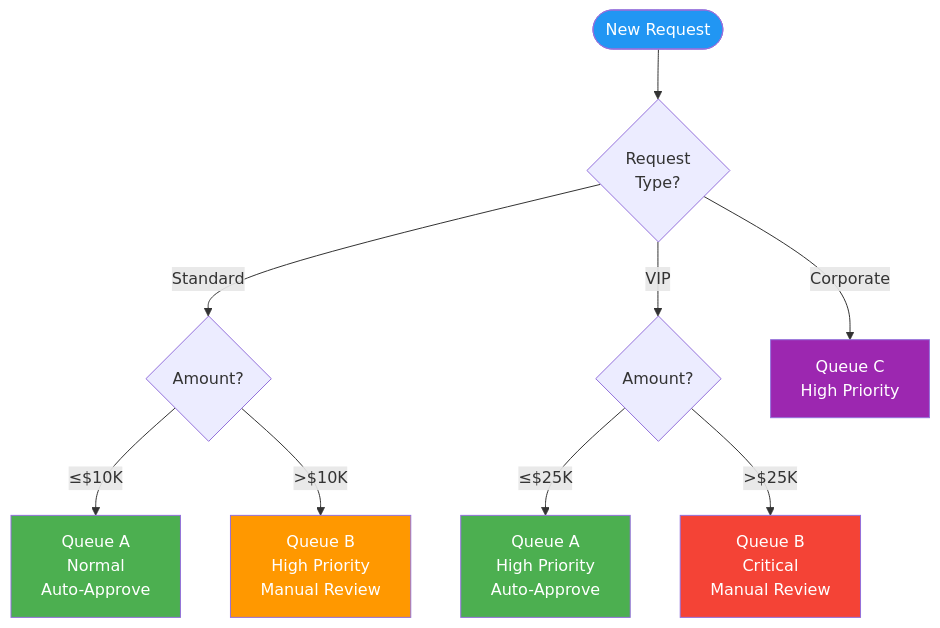
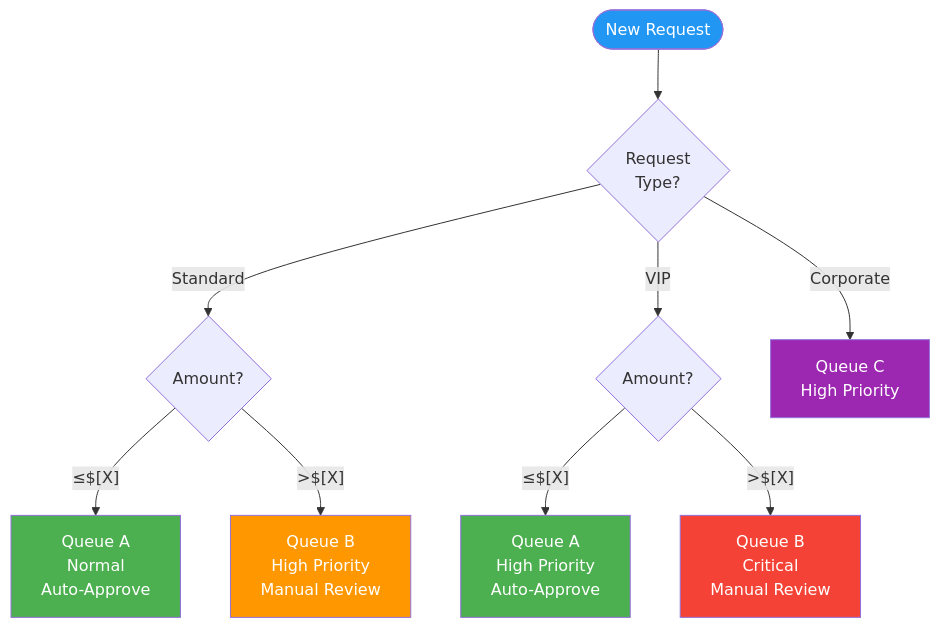
Before and after one commit to oat431/swe-knowledge: the first of 2 diagrams in document-template/04_Requirements_Engineering/Decision-Tables-Trees.md, drawn with Mermaid. The commit also changed other lines of this file and 50 other files, not shown here.

````diff
--- a/document-template/04_Requirements_Engineering/Decision-Tables-Trees.md
+++ b/document-template/04_Requirements_Engineering/Decision-Tables-Trees.md
@@ -120,18 +120,18 @@
 ```mermaid
 flowchart TD
     START([New Request]) --> TYPE{Request<br>Type?}
     TYPE -->|Standard| AMT_S{Amount?}
     TYPE -->|VIP| AMT_V{Amount?}
     TYPE -->|Corporate| CORP[Queue C<br>High Priority]
-    AMT_S -->|≤$10K| STD[Queue A<br>Normal<br>Auto-Approve]
-    AMT_S -->|>$10K| STD_H[Queue B<br>High Priority<br>Manual Review]
-    AMT_V -->|≤$25K| VIP[Queue A<br>High Priority<br>Auto-Approve]
-    AMT_V -->|>$25K| VIP_H[Queue B<br>Critical<br>Manual Review]
+    AMT_S -->|"≤$[X]"| STD[Queue A<br>Normal<br>Auto-Approve]
+    AMT_S -->|">$[X]"| STD_H[Queue B<br>High Priority<br>Manual Review]
+    AMT_V -->|"≤$[X]"| VIP[Queue A<br>High Priority<br>Auto-Approve]
+    AMT_V -->|">$[X]"| VIP_H[Queue B<br>Critical<br>Manual Review]
 
     style START fill:#2196F3,color:#fff
     style STD fill:#4CAF50,color:#fff
     style STD_H fill:#FF9800,color:#fff
     style VIP fill:#4CAF50,color:#fff
     style VIP_H fill:#f44336,color:#fff
     style CORP fill:#9C27B0,color:#fff
 ```
````
